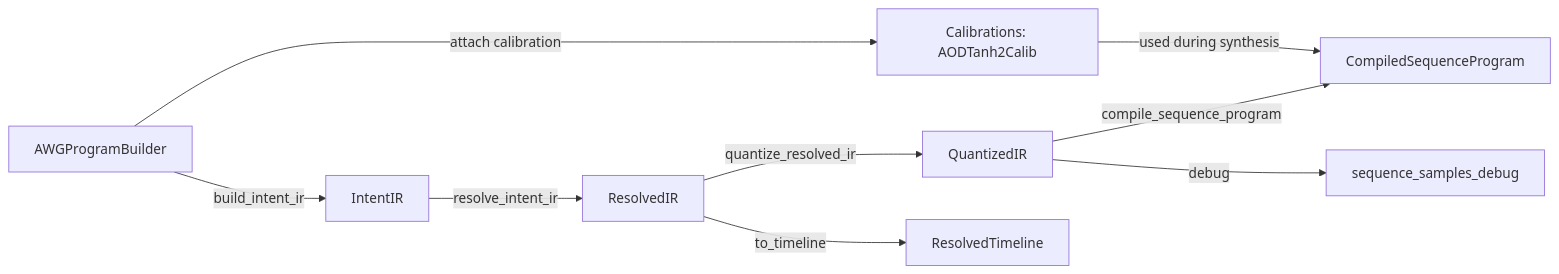
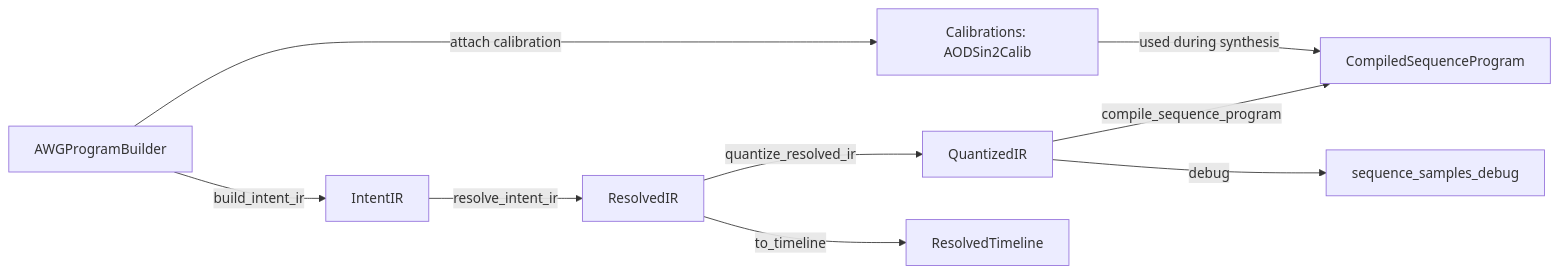
The diagram in README.md (CornishLabs/AWGSegmentFactory), drawn with Mermaid before and after one commit. The commit also changed other lines of this file and 20 other files, not shown here.

````diff
--- a/README.md
+++ b/README.md
@@ -140,19 +140,19 @@
 ```mermaid
 flowchart LR
     B[AWGProgramBuilder]
     I[IntentIR]
     R[ResolvedIR]
     Q[QuantizedIR]
     C[CompiledSequenceProgram]
 
     B -- build_intent_ir --> I
     I -- resolve_intent_ir --> R
     R -- quantize_resolved_ir --> Q
     Q -- compile_sequence_program --> C
 
-    B -- attach calibration --> CAL[Calibrations: AODTanh2Calib]
+    B -- attach calibration --> CAL[Calibrations: AODSin2Calib]
     CAL -- used during synthesis --> C
 
     R -- to_timeline --> TL[ResolvedTimeline]
     Q -- debug --> DBG[sequence_samples_debug]
 ```
````
